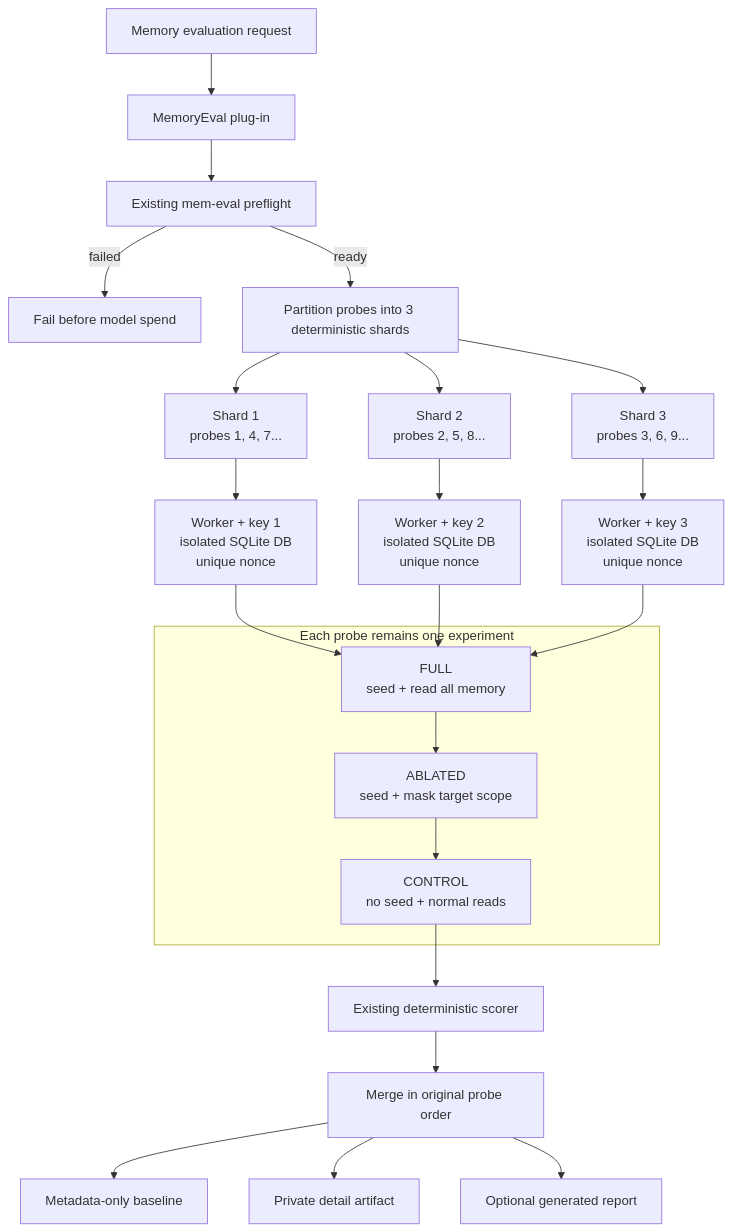
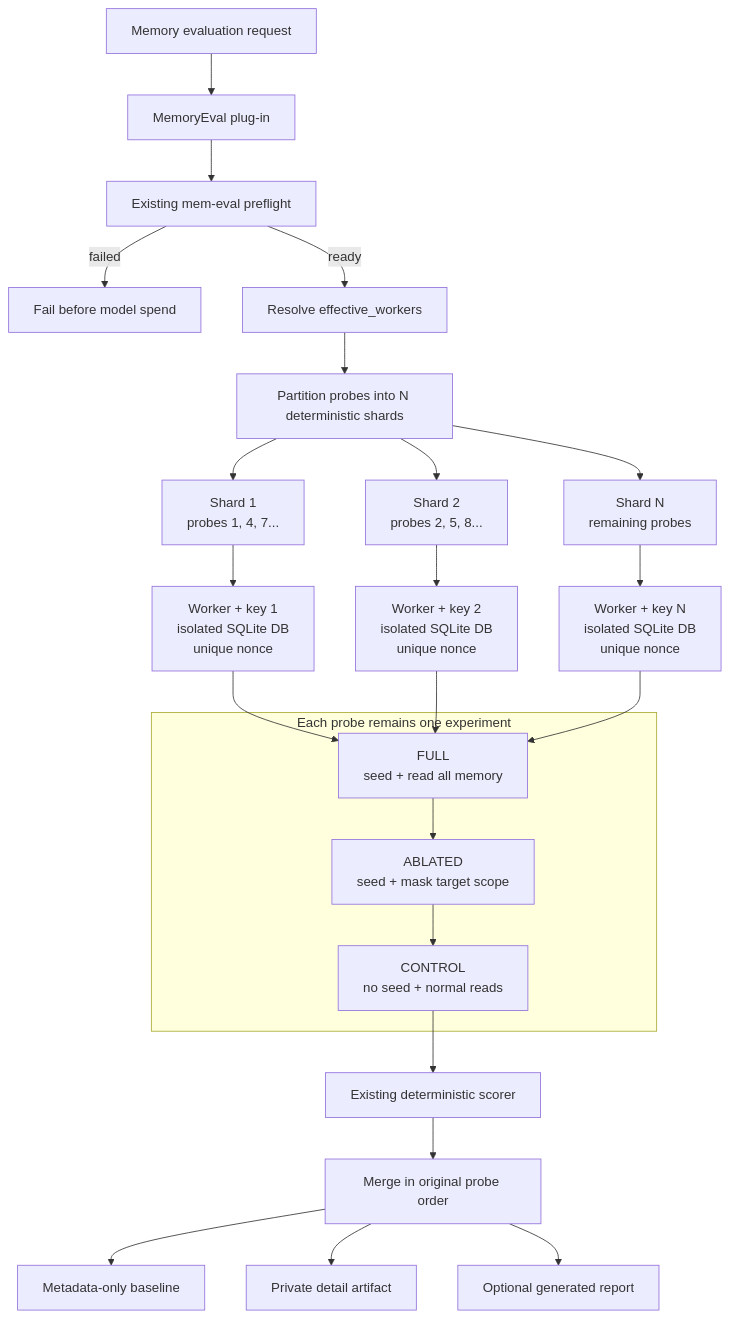
Before and after one commit to MathematicGuy/EMAIL-AGENT-v1: the second of 3 diagrams in tasks/specs/SPEC-pluggable-batch-evaluation-api.md, drawn with Mermaid. The commit also changed other lines of this file and 2 other files, not shown here.

````diff
--- a/tasks/specs/SPEC-pluggable-batch-evaluation-api.md
+++ b/tasks/specs/SPEC-pluggable-batch-evaluation-api.md
@@ -102,32 +105,33 @@
 ```mermaid
 flowchart TD
     REQ["Memory evaluation request"] --> PLUGIN["MemoryEval plug-in"]
     PLUGIN --> PRE["Existing mem-eval preflight"]
     PRE -->|"failed"| ABORT["Fail before model spend"]
-    PRE -->|"ready"| PART["Partition probes into 3 deterministic shards"]
+    PRE -->|"ready"| LIMIT["Resolve effective_workers"]
+    LIMIT --> PART["Partition probes into N deterministic shards"]
 
     PART --> S1["Shard 1<br/>probes 1, 4, 7..."]
     PART --> S2["Shard 2<br/>probes 2, 5, 8..."]
-    PART --> S3["Shard 3<br/>probes 3, 6, 9..."]
+    PART --> SN["Shard N<br/>remaining probes"]
 
     S1 --> W1["Worker + key 1<br/>isolated SQLite DB<br/>unique nonce"]
     S2 --> W2["Worker + key 2<br/>isolated SQLite DB<br/>unique nonce"]
-    S3 --> W3["Worker + key 3<br/>isolated SQLite DB<br/>unique nonce"]
+    SN --> WN["Worker + key N<br/>isolated SQLite DB<br/>unique nonce"]
 
     subgraph PROBE["Each probe remains one experiment"]
         FULL["FULL<br/>seed + read all memory"]
         ABLATED["ABLATED<br/>seed + mask target scope"]
         CONTROL["CONTROL<br/>no seed + normal reads"]
         FULL --> ABLATED --> CONTROL
     end
 
     W1 --> FULL
     W2 --> FULL
-    W3 --> FULL
+    WN --> FULL
 
     CONTROL --> SCORE["Existing deterministic scorer"]
     SCORE --> MERGE["Merge in original probe order"]
     MERGE --> BASE["Metadata-only baseline"]
     MERGE --> DETAIL["Private detail artifact"]
     MERGE --> REPORT["Optional generated report"]
 ```
````
